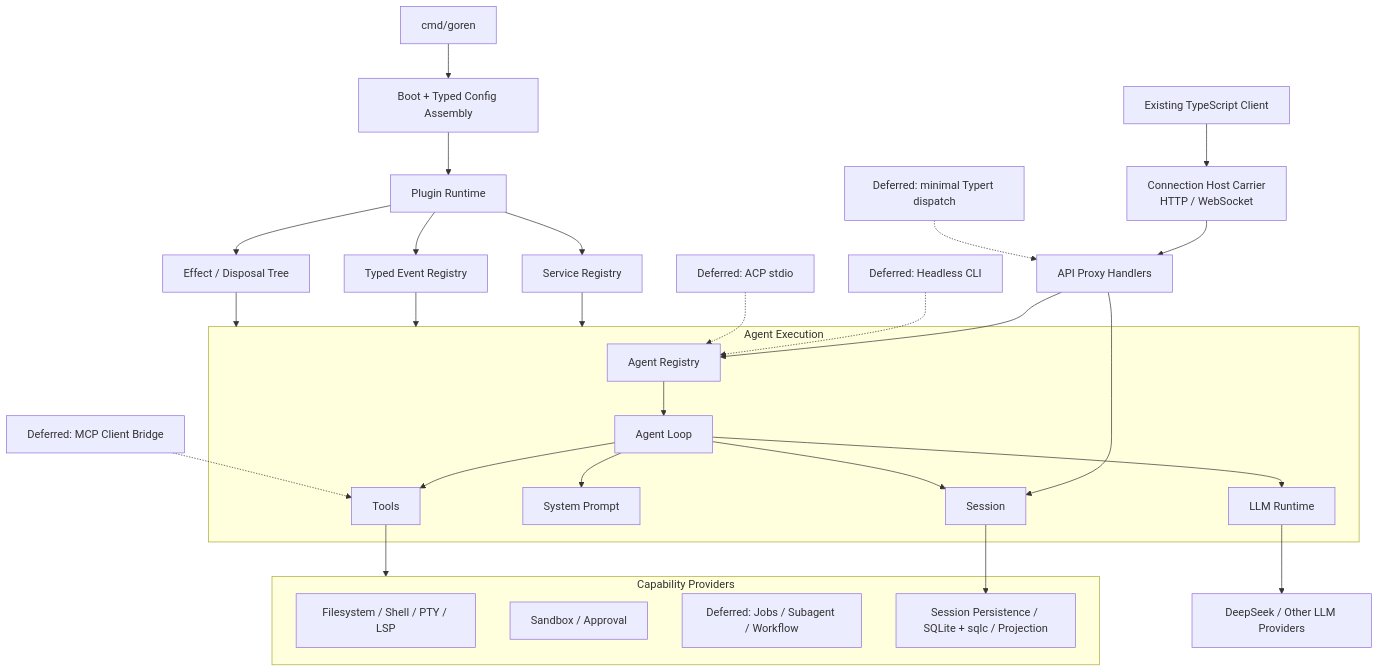
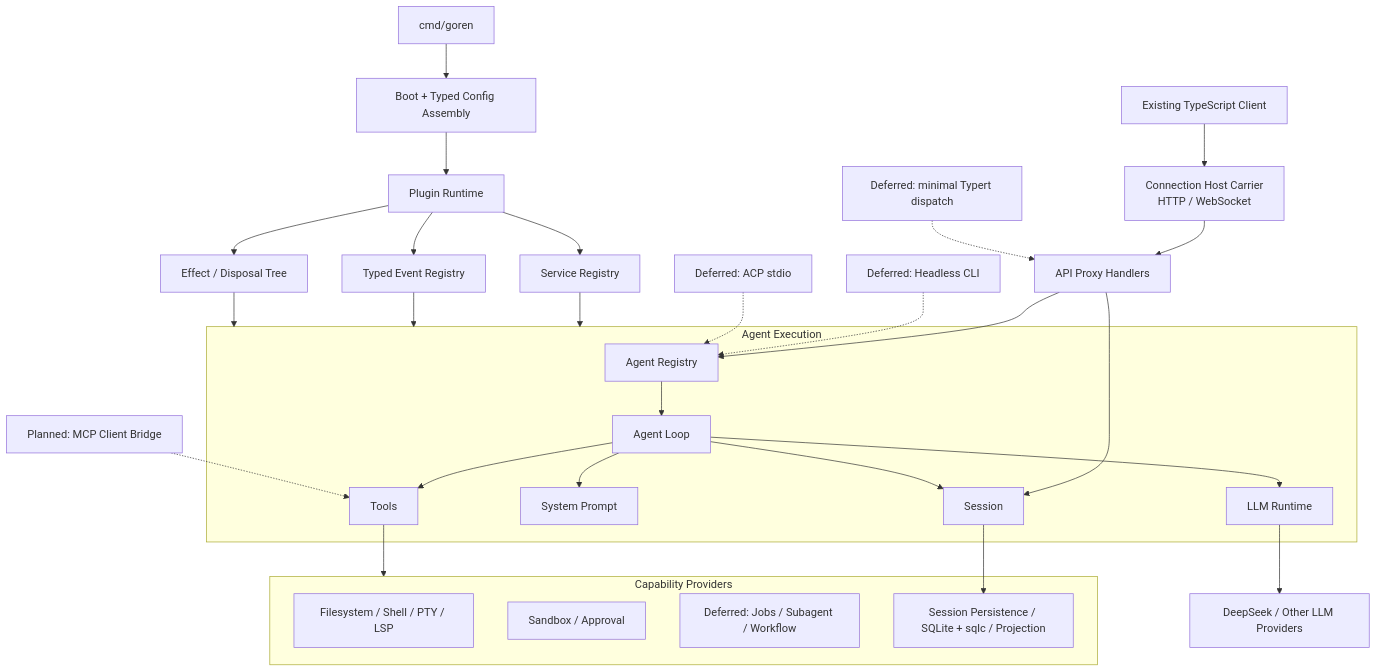
The diagram in zh-CN/02-runtime-architecture-and-plugin-model.md (gorenx/goren), drawn with Mermaid before and after one commit. The commit also changed 10 other files, not shown here.

Commit message:
docs(mcp): design external server client bridge

````diff
--- a/zh-CN/02-runtime-architecture-and-plugin-model.md
+++ b/zh-CN/02-runtime-architecture-and-plugin-model.md
@@ -9,41 +9,41 @@
 ```mermaid
 flowchart TB
     CLIENT["Existing TypeScript Client"] --> CONN["Connection Host Carrier\nHTTP / WebSocket"]
     CONN --> API["API Proxy Handlers"]
     API --> AR
     API --> SS
 
     SERVER["cmd/goren"] --> BOOT["Boot + Typed Config Assembly"]
     BOOT --> PR["Plugin Runtime"]
     PR --> SP["Service Registry"]
     PR --> ER["Typed Event Registry"]
     PR --> EF["Effect / Disposal Tree"]
 
     subgraph CORE["Agent Execution"]
         AR["Agent Registry"] --> AL["Agent Loop"]
         AL --> SS["Session"]
         AL --> SYS["System Prompt"]
         AL --> TOOLS["Tools"]
         AL --> LLM["LLM Runtime"]
     end
 
     SP --> CORE
     ER --> CORE
     EF --> CORE
 
     subgraph PROVIDERS["Capability Providers"]
         FS["Filesystem / Shell / PTY / LSP"]
         SB["Sandbox / Approval"]
         ORCH["Deferred: Jobs / Subagent / Workflow"]
         DATA["Session Persistence / SQLite + sqlc / Projection"]
     end
 
     TOOLS --> PROVIDERS
     SS --> DATA
     LLM --> LP["DeepSeek / Other LLM Providers"]
 
     HEADLESS["Deferred: Headless CLI"] -.-> AR
     ACP["Deferred: ACP stdio"] -.-> AR
-    MCP["Deferred: MCP Client Bridge"] -.-> TOOLS
+    MCP["Planned: MCP Client Bridge"] -.-> TOOLS
     TYPERT["Deferred: minimal Typert dispatch"] -.-> API
 ```
````
